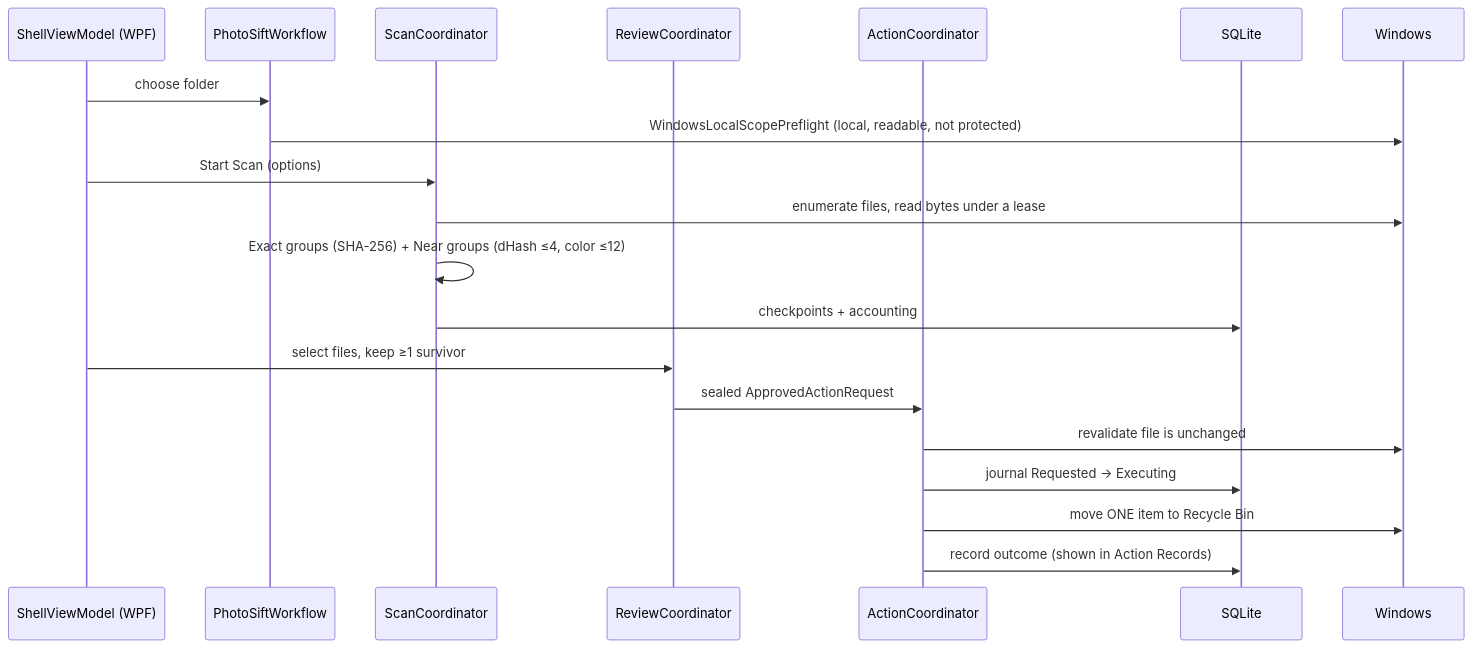
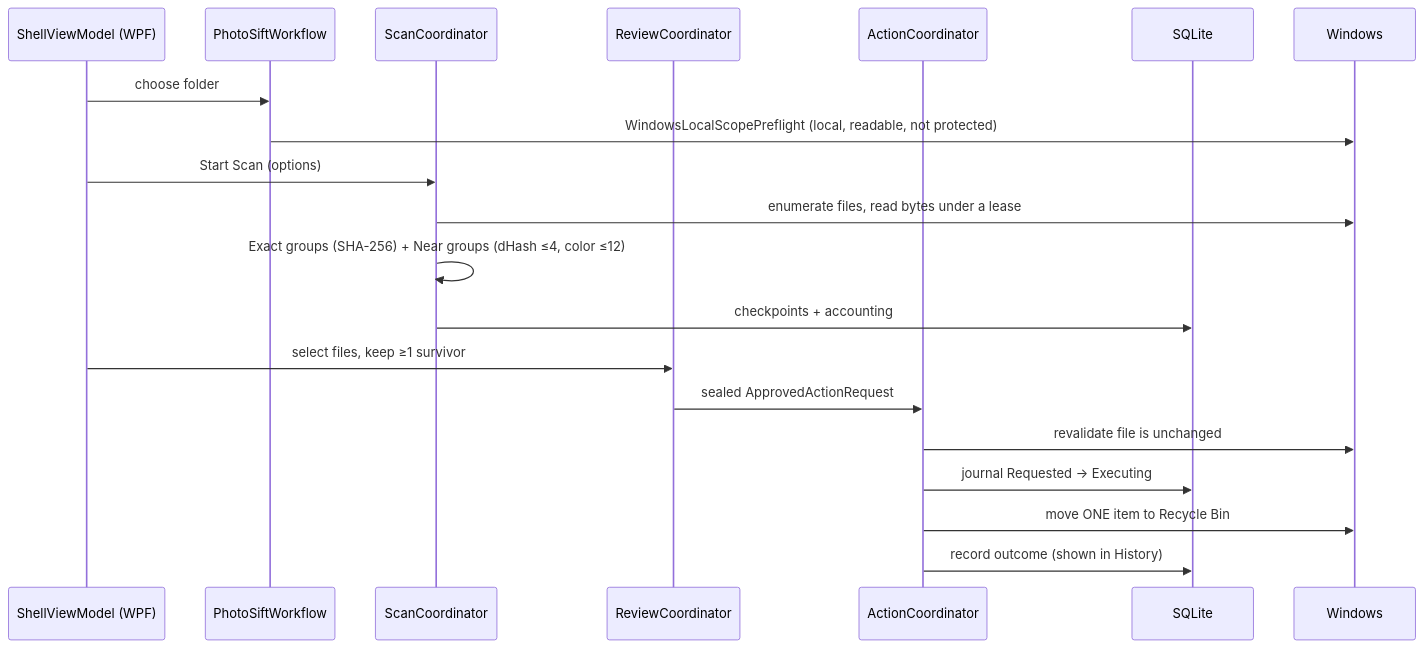
Before and after one commit to IgalFridman-dev/Albumen: the second of 2 diagrams in docs/HOW-IT-WORKS.md, drawn with Mermaid. The commit also changed other lines of this file and 10 other files, not shown here.

````diff
--- a/docs/HOW-IT-WORKS.md
+++ b/docs/HOW-IT-WORKS.md
@@ -39,22 +43,22 @@
 ```mermaid
 sequenceDiagram
   participant UI as ShellViewModel (WPF)
   participant WF as PhotoSiftWorkflow
   participant Scan as ScanCoordinator
   participant Rev as ReviewCoordinator
   participant Act as ActionCoordinator
   participant DB as SQLite
   participant OS as Windows
   UI->>WF: choose folder
   WF->>OS: WindowsLocalScopePreflight (local, readable, not protected)
   UI->>Scan: Start Scan (options)
   Scan->>OS: enumerate files, read bytes under a lease
   Scan->>Scan: Exact groups (SHA-256) + Near groups (dHash ≤4, color ≤12)
   Scan->>DB: checkpoints + accounting
   UI->>Rev: select files, keep ≥1 survivor
   Rev->>Act: sealed ApprovedActionRequest
   Act->>OS: revalidate file is unchanged
   Act->>DB: journal Requested → Executing
   Act->>OS: move ONE item to Recycle Bin
-  Act->>DB: record outcome (shown in Action Records)
+  Act->>DB: record outcome (shown in History)
 ```
````
